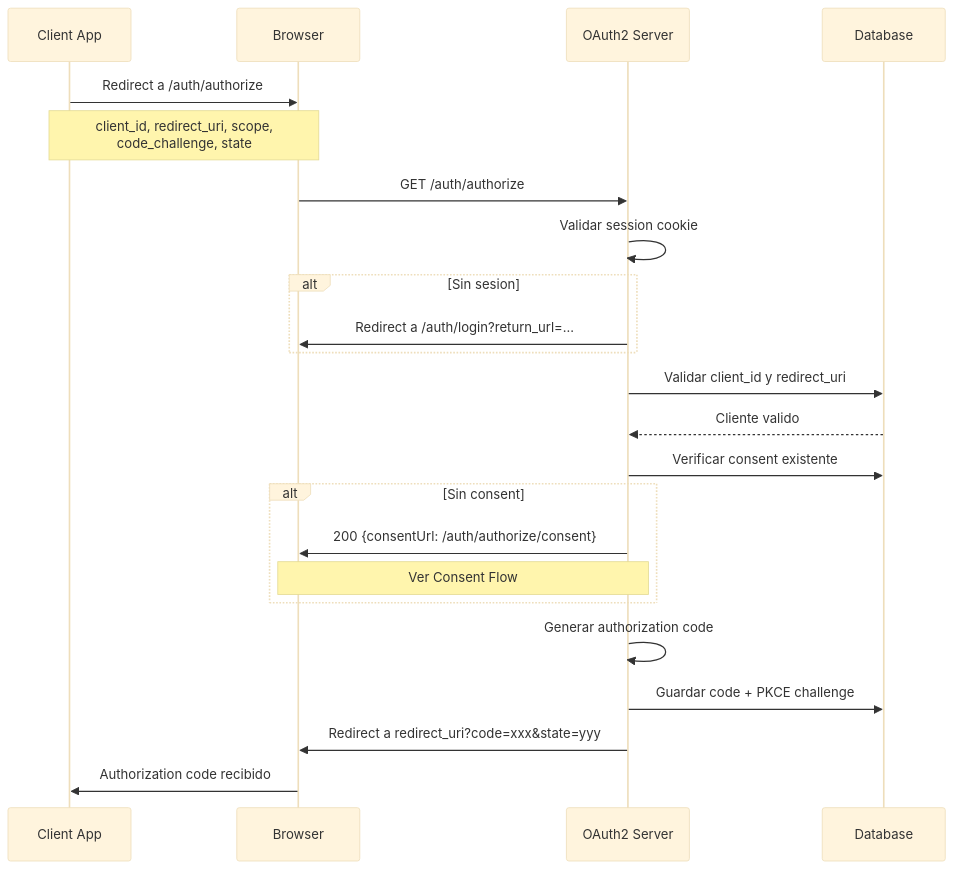
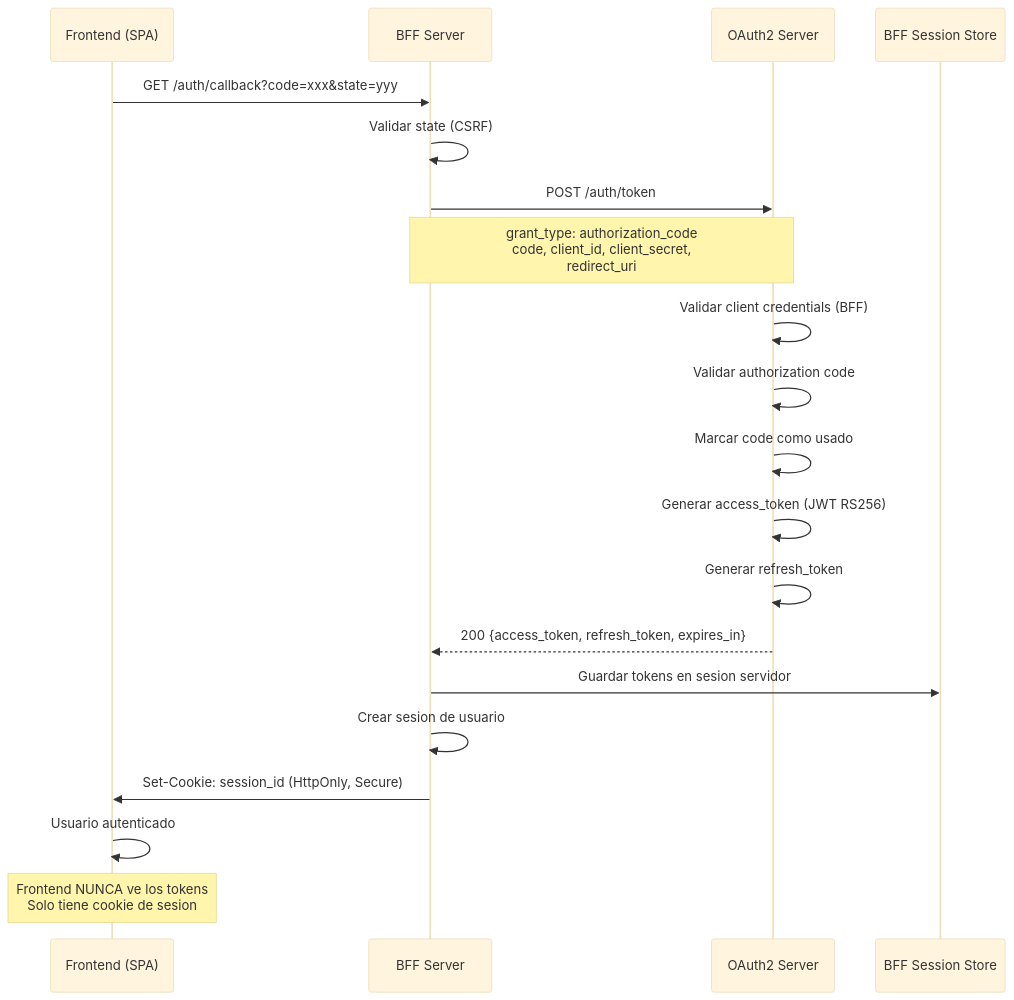
Before and after one commit to JRuvalcabaFSD/ByteBerry-OAuth2: the second of 6 diagrams in README.md, drawn with Mermaid (base theme). The commit also changed other lines of this file and 2 other files, not shown here.

Commit message:
feat: update documentation and logic in the consent and authorization flow

````diff
--- a/README.md
+++ b/README.md
@@ -55,26 +86,23 @@
 ```mermaid
 sequenceDiagram
-    participant C as Client App
-    participant B as Browser
-    participant S as OAuth2 Server
-    participant DB as Database
+    participant F as Frontend (SPA)
+    participant B as BFF Server
+    participant O as OAuth2 Server
+    participant DB as BFF Session Store
 
-    C->>B: Redirect a /auth/authorize
-    Note over C,B: client_id, redirect_uri, scope,<br/>code_challenge, state
-    B->>S: GET /auth/authorize
-    S->>S: Validar session cookie
-    alt Sin sesion
-        S->>B: Redirect a /auth/login?return_url=...
-    end
-    S->>DB: Validar client_id y redirect_uri
-    DB-->>S: Cliente valido
-    S->>DB: Verificar consent existente
-    alt Sin consent
-        S->>B: 200 {consentUrl: /auth/authorize/consent}
-        Note over B,S: Ver Consent Flow
-    end
-    S->>S: Generar authorization code
-    S->>DB: Guardar code + PKCE challenge
-    S->>B: Redirect a redirect_uri?code=xxx&state=yyy
-    B->>C: Authorization code recibido
+    F->>B: GET /auth/callback?code=xxx&state=yyy
+    B->>B: Validar state (CSRF)
+    B->>O: POST /auth/token
+    Note over B,O: grant_type: authorization_code<br/>code, client_id, client_secret,<br/>redirect_uri
+    O->>O: Validar client credentials (BFF)
+    O->>O: Validar authorization code
+    O->>O: Marcar code como usado
+    O->>O: Generar access_token (JWT RS256)
+    O->>O: Generar refresh_token
+    O-->>B: 200 {access_token, refresh_token, expires_in}
+    B->>DB: Guardar tokens en sesion servidor
+    B->>B: Crear sesion de usuario
+    B->>F: Set-Cookie: session_id (HttpOnly, Secure)
+    F->>F: Usuario autenticado
+    Note over F: Frontend NUNCA ve los tokens<br/>Solo tiene cookie de sesion
 ```
````
